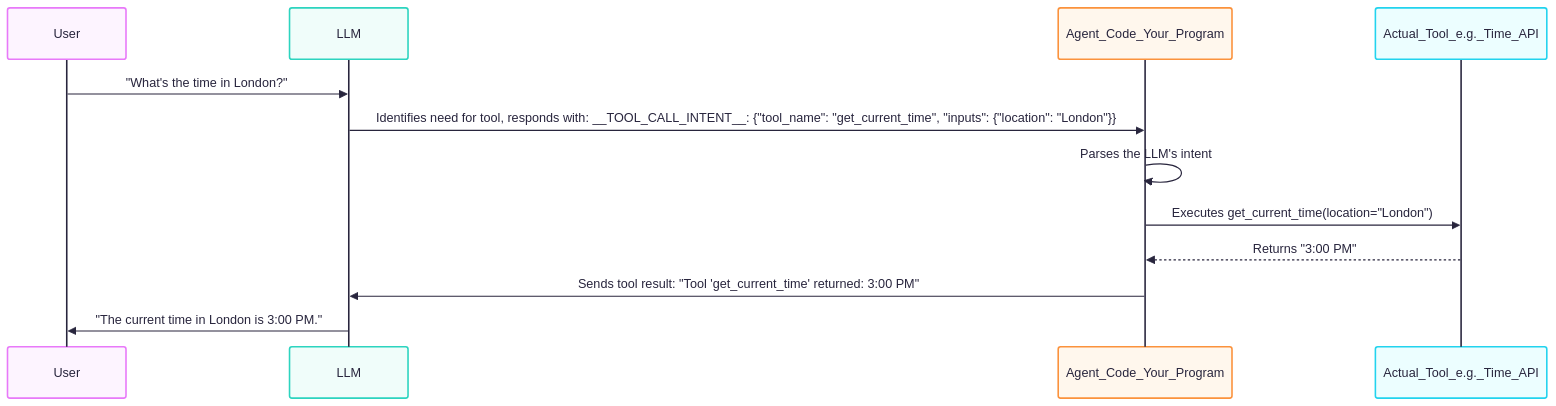
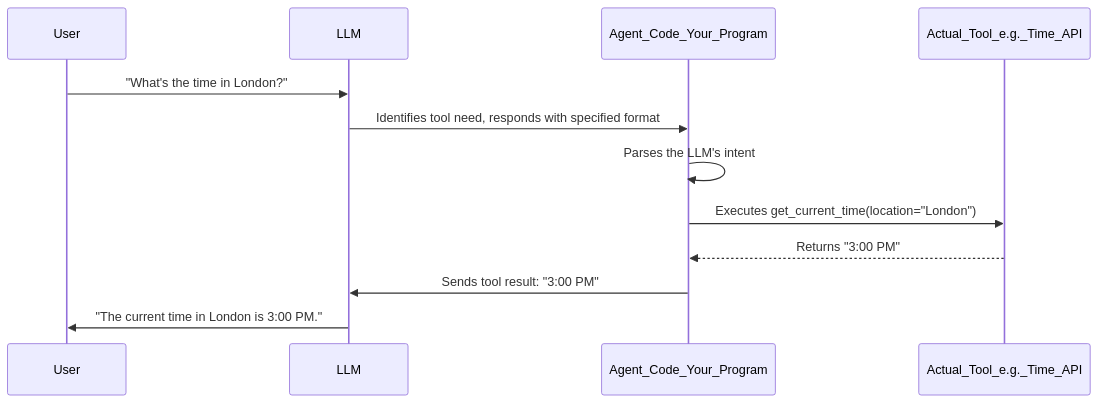
One commit to codemug/scribblings changed the first of 3 diagrams in llm/primer.md. Above: the diagram before and after it, drawn with Mermaid. The commit also changed other lines of this file, not shown here.

Commit message:
changed title

````diff
--- a/llm/primer.md
+++ b/llm/primer.md
@@ -67,20 +67,15 @@
 ```mermaid
----
-config:
-  theme: redux-color
-  look: classic
----
 sequenceDiagram
     participant User
     participant LLM
     participant Agent_Code_Your_Program
     participant Actual_Tool_e.g._Time_API
     User->>LLM: "What's the time in London?"
-    LLM->>Agent_Code_Your_Program: Identifies need for tool, responds with: __TOOL_CALL_INTENT__: {"tool_name": "get_current_time", "inputs": {"location": "London"}}
+    LLM->>Agent_Code_Your_Program: Identifies tool need, responds with specified format
     Agent_Code_Your_Program->>Agent_Code_Your_Program: Parses the LLM's intent
     Agent_Code_Your_Program->>Actual_Tool_e.g._Time_API: Executes get_current_time(location="London")
     Actual_Tool_e.g._Time_API-->>Agent_Code_Your_Program: Returns "3:00 PM"
-    Agent_Code_Your_Program->>LLM: Sends tool result: "Tool 'get_current_time' returned: 3:00 PM"
+    Agent_Code_Your_Program->>LLM: Sends tool result: "3:00 PM"
     LLM->>User: "The current time in London is 3:00 PM."
 
 ```
````
